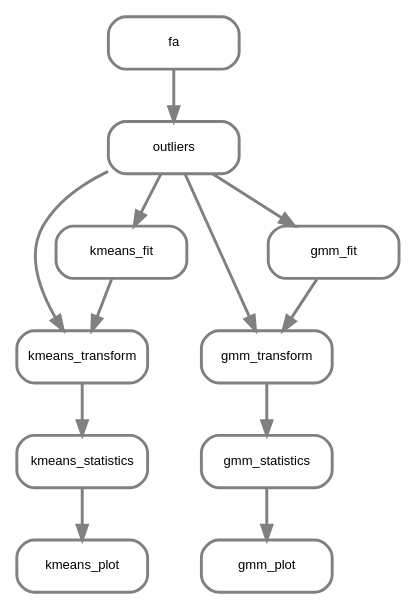
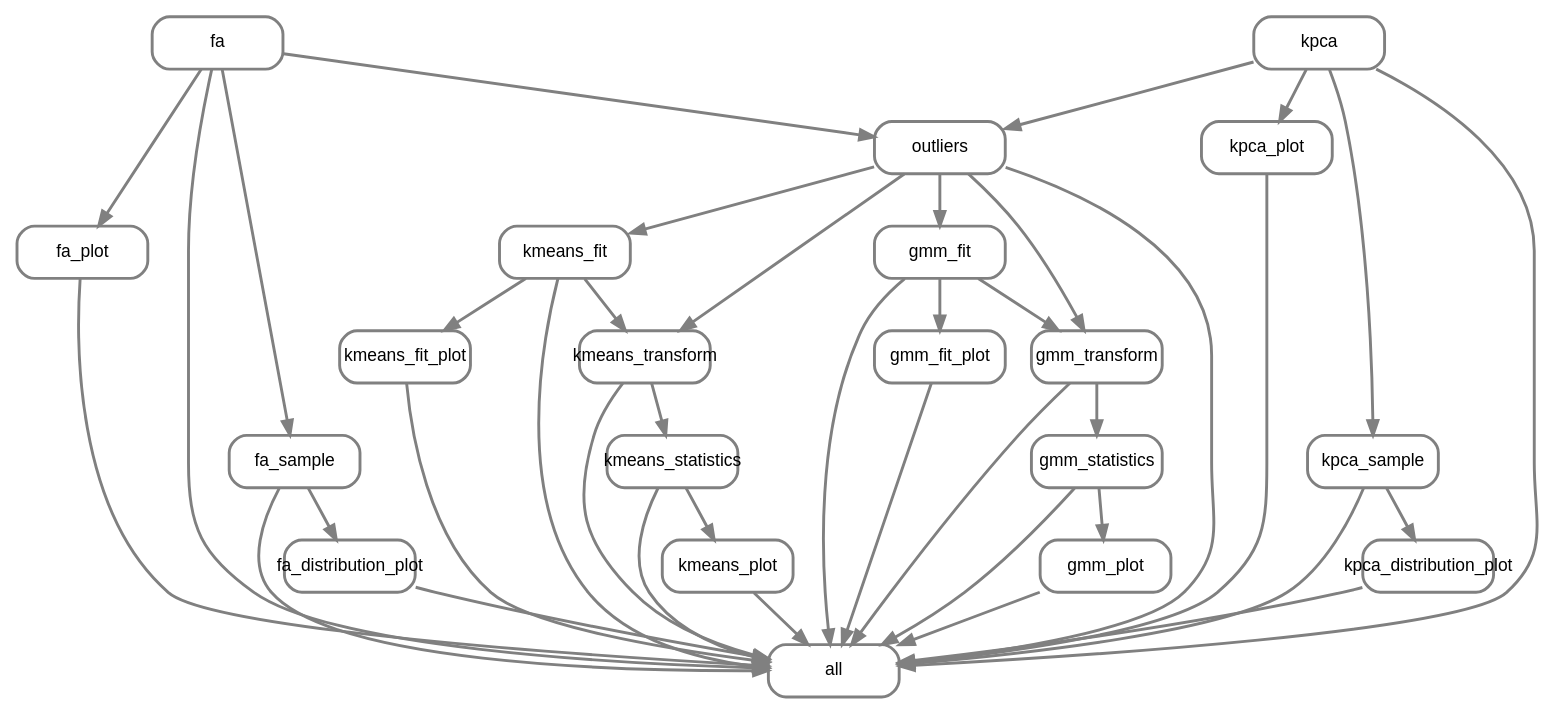
One commit to cbg-ethz/pybda changed the diagram in fig/snakeflow.dot. Above: the diagram before and after it, drawn with Graphviz. The commit also changed 4 other files, not shown here.

```diff
--- a/fig/snakeflow.dot
+++ b/fig/snakeflow.dot
@@ -1,26 +1,64 @@
 digraph snakemake_dag {
     graph[bgcolor=white, margin=0];
-    node[shape=box, style=rounded, fontname=sans, fontsize=9, penwidth=2,  fixedsize=true, width=1.25, fontname = "helvetica"];
-    edge[penwidth=2, color=grey];	
-	1[label = "kmeans_plot", color = grey, style="rounded"];
-	2[label = "gmm_plot", color = grey, style="rounded"];
-	3[label = "kmeans_statistics", color = grey, style="rounded"];
-	4[label = "gmm_statistics", color = grey, style="rounded"];
-	5[label = "kmeans_transform", color = grey, style="rounded"];
-	6[label = "gmm_transform", color = grey, style="rounded"];
-	7[label = "kmeans_fit", color = grey, style="rounded"];
-	8[label = "outliers", color = grey, style="rounded,"];
-	9[label = "gmm_fit", color = grey, style="rounded"];
-	10[label = "fa", color = grey, style="rounded"];	
-	3 -> 1
-	4 -> 2
-	5 -> 3
-	6 -> 4
-	7 -> 5
-	8 -> 5
-	9 -> 6
-	8 -> 6
-	8 -> 7
-	10 -> 8
-	8 -> 9
+    node[shape=box, style=rounded, fontname=sans, fontsize=12, penwidth=2,  fixedsize=true, width=1.25, fontname = "helvetica"];
+    edge[penwidth=2, color=grey];
+	0[label = "all", color = grey, style="rounded"];
+	1[label = "kmeans_fit", color = grey, style="rounded"];
+	2[label = "kmeans_transform", color = grey, style="rounded"];
+	3[label = "gmm_plot", color = grey, style="rounded"];
+	4[label = "kmeans_fit_plot", color = grey, style="rounded"];
+	5[label = "kpca_plot", color = grey, style="rounded"];
+	6[label = "gmm_fit", color = grey, style="rounded"];
+	7[label = "kmeans_statistics", color = grey, style="rounded"];
+	8[label = "fa", color = grey, style="rounded"];
+	9[label = "gmm_statistics", color = grey, style="rounded"];
+	10[label = "gmm_fit_plot", color = grey, style="rounded"];
+	11[label = "kmeans_plot", color = grey, style="rounded"];
+	12[label = "gmm_transform", color = grey, style="rounded"];
+	13[label = "kpca_sample", color = grey, style="rounded"];
+	14[label = "fa_plot", color = grey, style="rounded"];
+	15[label = "kpca_distribution_plot", color = grey, style="rounded"];
+	16[label = "fa_distribution_plot", color = grey, style="rounded"];
+	17[label = "kpca", color = grey, style="rounded"];
+	18[label = "outliers", color = grey, style="rounded"];
+	19[label = "fa_sample", color = grey, style="rounded"];
+	1 -> 0
+	2 -> 0
+	3 -> 0
+	4 -> 0
+	5 -> 0
+	6 -> 0
+	7 -> 0
+	8 -> 0
+	9 -> 0
+	10 -> 0
+	11 -> 0
+	12 -> 0
+	13 -> 0
+	14 -> 0
+	15 -> 0
+	16 -> 0
+	17 -> 0
+	18 -> 0
+	19 -> 0
+	18 -> 1
+	1 -> 2
+	18 -> 2
+	9 -> 3
+	1 -> 4
+	17 -> 5
+	18 -> 6
+	2 -> 7
+	12 -> 9
+	6 -> 10
+	7 -> 11
+	6 -> 12
+	18 -> 12
+	17 -> 13
+	8 -> 14
+	13 -> 15
+	19 -> 16
+	8 -> 18
+	17 -> 18
+	8 -> 19
 }            
```
